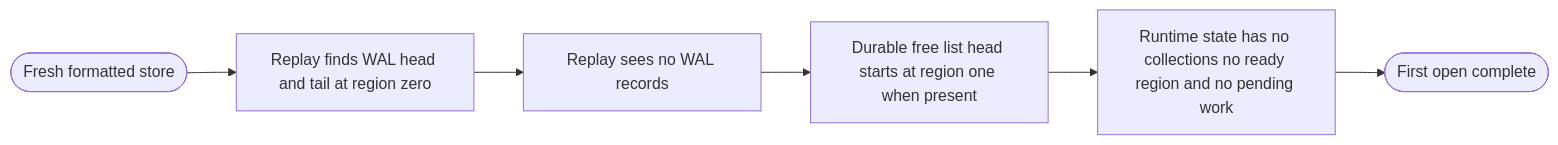
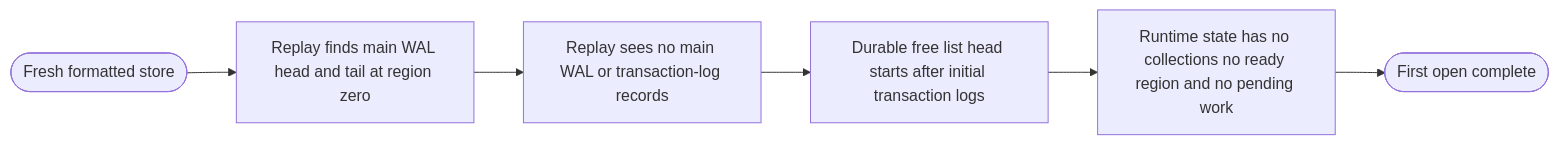
The third of 3 diagrams in spec/ring/08-durability-formatting.md (moore/borromean), drawn with Mermaid before and after one commit. The commit also changed other lines of this file and 8 other files, not shown here.

````diff
--- a/spec/ring/08-durability-formatting.md
+++ b/spec/ring/08-durability-formatting.md
@@ -298,12 +342,12 @@
 ```mermaid
 %%{init: {"flowchart": {"wrappingWidth": 180}} }%%
 flowchart LR
     Fresh([Fresh formatted store])
-    FindTail["`Replay finds WAL head and tail at region zero`"]
-    NoWal["`Replay sees no WAL records`"]
-    DurableHead["`Durable free list head starts at region one when present`"]
+    FindTail["`Replay finds main WAL head and tail at region zero`"]
+    NoWal["`Replay sees no main WAL or transaction-log records`"]
+    DurableHead["`Durable free list head starts after initial transaction logs`"]
     Runtime["`Runtime state has no collections no ready region and no pending work`"]
     OpenReady([First open complete])
 
     Fresh --> FindTail --> NoWal --> DurableHead --> Runtime --> OpenReady
 ```
````
